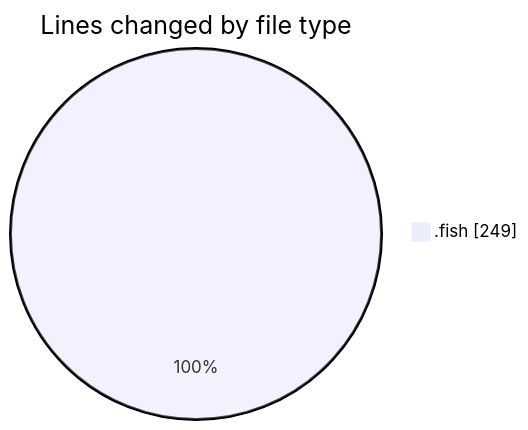
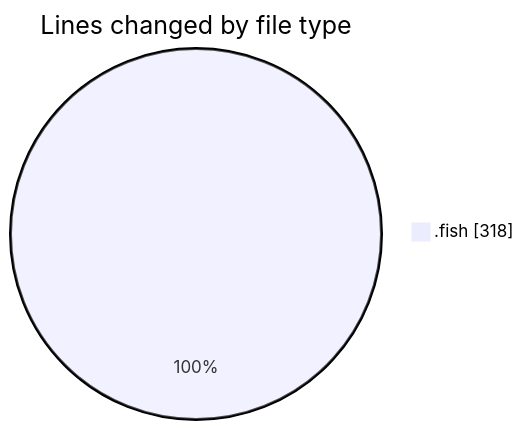
The first of 2 diagrams in 2025-08-03/fish/README.md (EIIisD/code-tracking), drawn with Mermaid before and after one commit. The commit also changed other lines of this file and 1 other file, not shown here.

````diff
--- a/2025-08-03/fish/README.md
+++ b/2025-08-03/fish/README.md
@@ -22,5 +22,5 @@
 ```mermaid
 pie showData
 title Lines changed by file type
-".fish" : 249
+".fish" : 318
 ```
````
